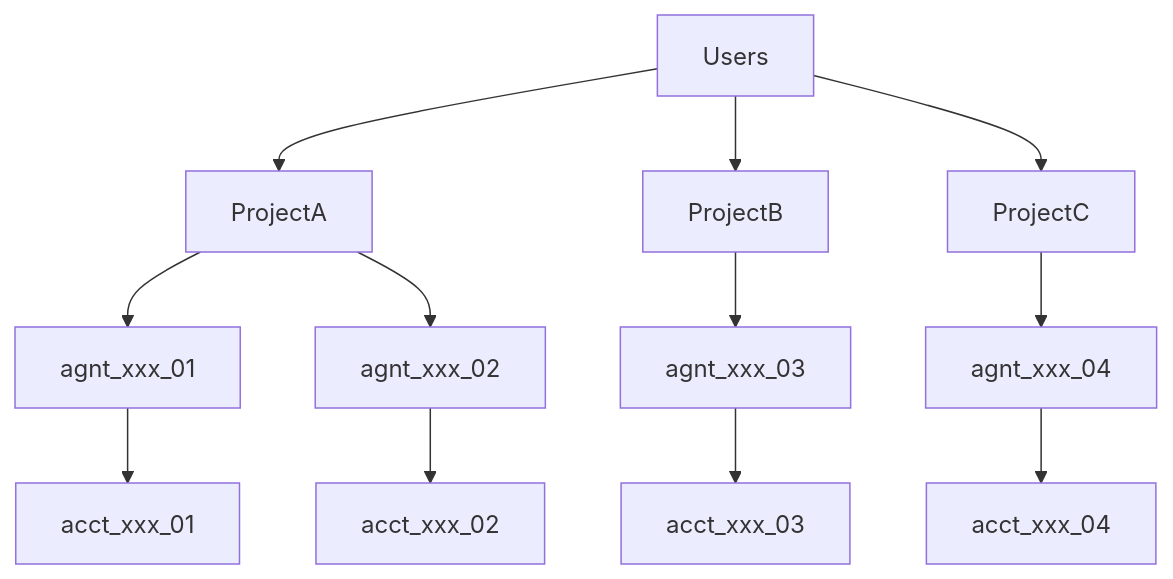
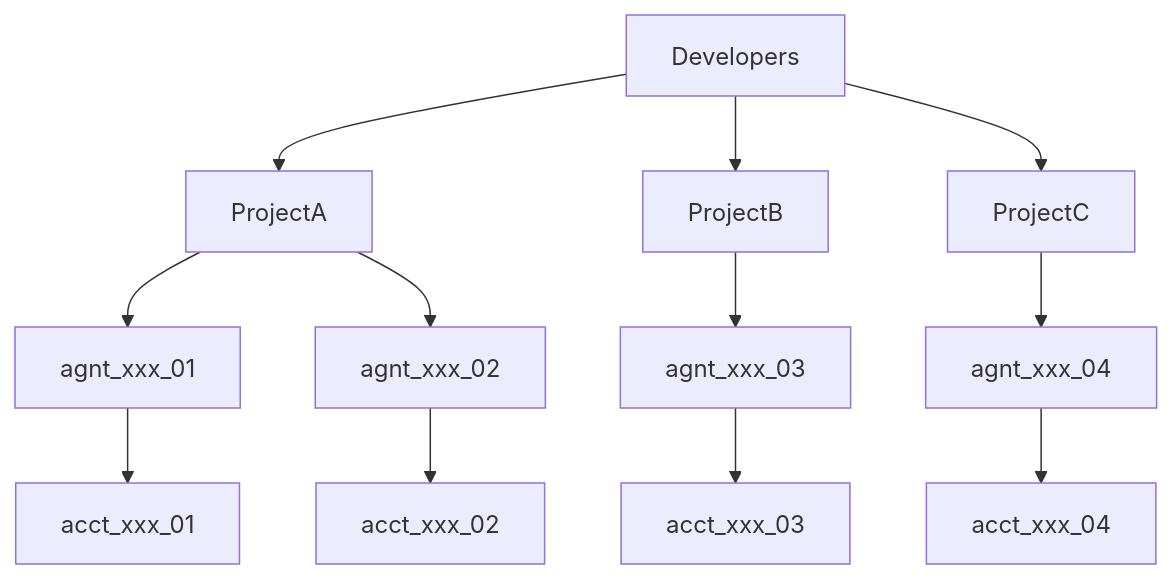
Before and after one commit to t54-labs/t54-labs-docs: the diagram in docs/ACCOUNT/architecture.md, drawn with Mermaid.

Commit message:
Update doc `architecture`

````diff
--- a/docs/ACCOUNT/architecture.md
+++ b/docs/ACCOUNT/architecture.md
@@ -10,16 +10,16 @@
 ```mermaid
 graph TD
-    Users --> ProjectA
-    Users --> ProjectB
-    Users --> ProjectC
+    Developers --> ProjectA
+    Developers --> ProjectB
+    Developers --> ProjectC
 
     ProjectA --> agnt_xxx_01
     ProjectA --> agnt_xxx_02
     ProjectB --> agnt_xxx_03
     ProjectC --> agnt_xxx_04
 
     agnt_xxx_01 --> acct_xxx_01
     agnt_xxx_02 --> acct_xxx_02
     agnt_xxx_03 --> acct_xxx_03
     agnt_xxx_04 --> acct_xxx_04
 ```
````
